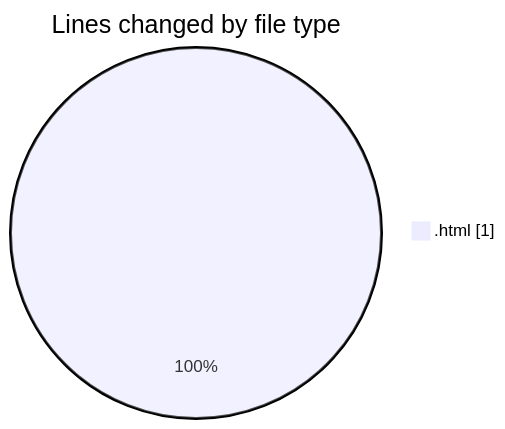
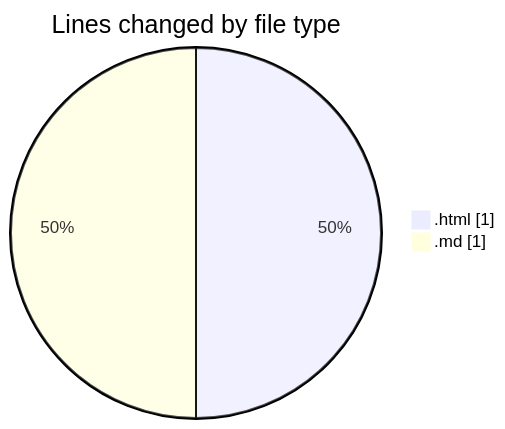
The first of 2 diagrams in 2025-07-08/urlwebwala_intership_work/README.md (Ritupan-Deka/code-tracking), drawn with Mermaid before and after one commit. The commit also changed other lines of this file and 1 other file, not shown here.

````diff
--- a/2025-07-08/urlwebwala_intership_work/README.md
+++ b/2025-07-08/urlwebwala_intership_work/README.md
@@ -20,5 +21,6 @@
 ```mermaid
 pie showData
 title Lines changed by file type
 ".html" : 1
+".md" : 1
 ```
````
